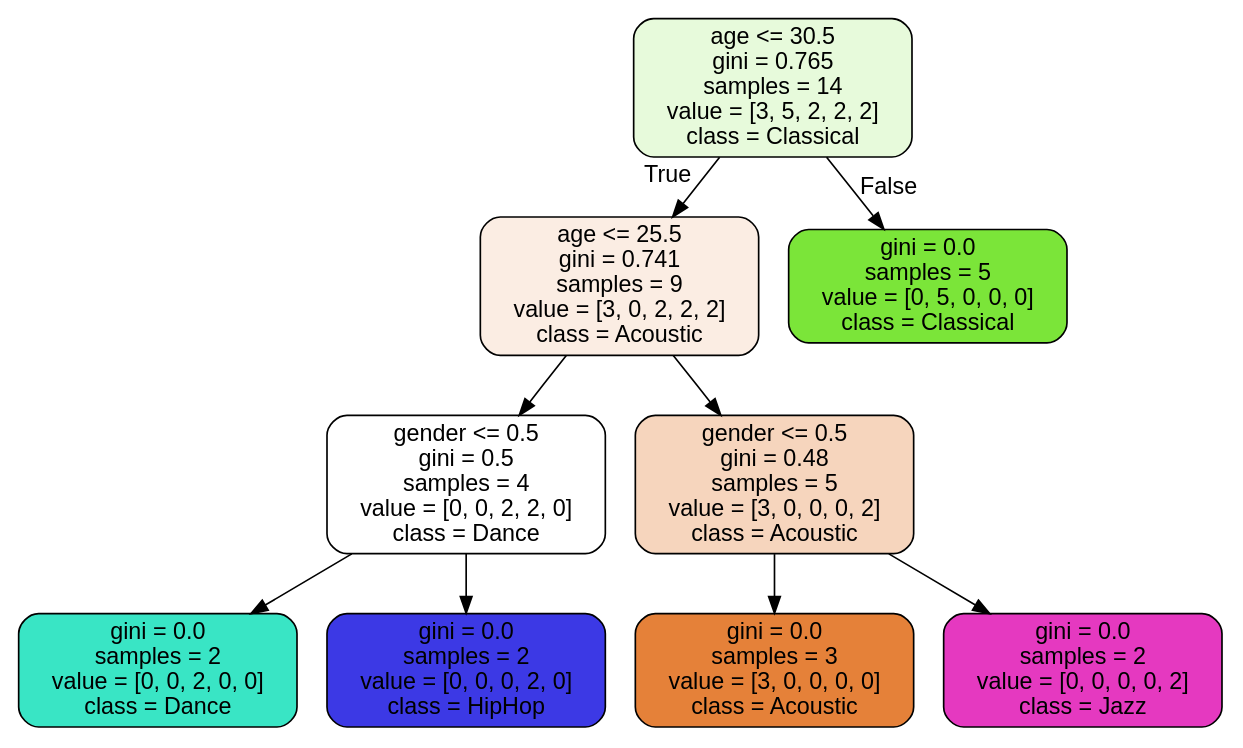
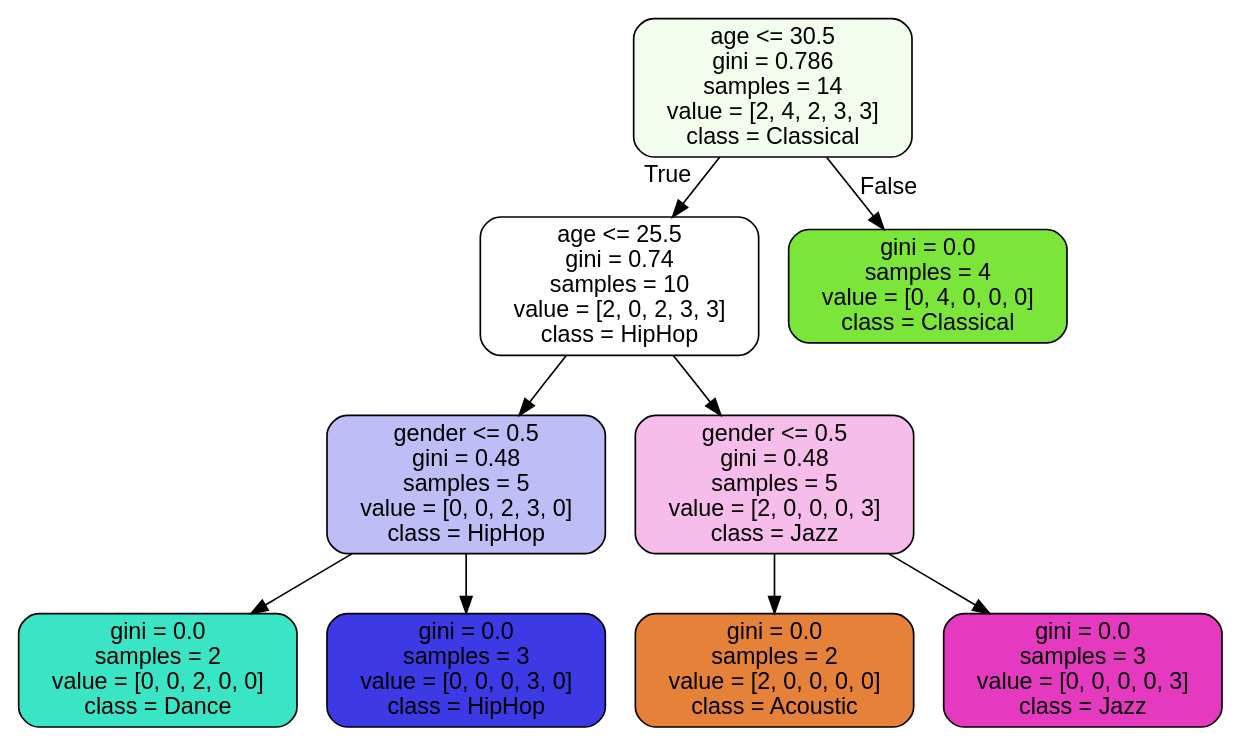
The diagram in music_outliner.dot (AnoupGhosh/Machine-Learning), drawn with Graphviz before and after one commit. The commit also changed 1 other file, not shown here.

```diff
--- a/music_outliner.dot
+++ b/music_outliner.dot
@@ -1,21 +1,21 @@
 digraph Tree {
 node [shape=box, style="filled, rounded", color="black", fontname="helvetica"] ;
 edge [fontname="helvetica"] ;
-0 [label="age <= 30.5\ngini = 0.765\nsamples = 14\nvalue = [3, 5, 2, 2, 2]\nclass = Classical", fillcolor="#e7fadb"] ;
-1 [label="age <= 25.5\ngini = 0.741\nsamples = 9\nvalue = [3, 0, 2, 2, 2]\nclass = Acoustic", fillcolor="#fbede3"] ;
+0 [label="age <= 30.5\ngini = 0.786\nsamples = 14\nvalue = [2, 4, 2, 3, 3]\nclass = Classical", fillcolor="#f3fded"] ;
+1 [label="age <= 25.5\ngini = 0.74\nsamples = 10\nvalue = [2, 0, 2, 3, 3]\nclass = HipHop", fillcolor="#ffffff"] ;
 0 -> 1 [labeldistance=2.5, labelangle=45, headlabel="True"] ;
-2 [label="gender <= 0.5\ngini = 0.5\nsamples = 4\nvalue = [0, 0, 2, 2, 0]\nclass = Dance", fillcolor="#ffffff"] ;
+2 [label="gender <= 0.5\ngini = 0.48\nsamples = 5\nvalue = [0, 0, 2, 3, 0]\nclass = HipHop", fillcolor="#bebdf6"] ;
 1 -> 2 ;
 3 [label="gini = 0.0\nsamples = 2\nvalue = [0, 0, 2, 0, 0]\nclass = Dance", fillcolor="#39e5c5"] ;
 2 -> 3 ;
-4 [label="gini = 0.0\nsamples = 2\nvalue = [0, 0, 0, 2, 0]\nclass = HipHop", fillcolor="#3c39e5"] ;
+4 [label="gini = 0.0\nsamples = 3\nvalue = [0, 0, 0, 3, 0]\nclass = HipHop", fillcolor="#3c39e5"] ;
 2 -> 4 ;
-5 [label="gender <= 0.5\ngini = 0.48\nsamples = 5\nvalue = [3, 0, 0, 0, 2]\nclass = Acoustic", fillcolor="#f6d5bd"] ;
+5 [label="gender <= 0.5\ngini = 0.48\nsamples = 5\nvalue = [2, 0, 0, 0, 3]\nclass = Jazz", fillcolor="#f6bdea"] ;
 1 -> 5 ;
-6 [label="gini = 0.0\nsamples = 3\nvalue = [3, 0, 0, 0, 0]\nclass = Acoustic", fillcolor="#e58139"] ;
+6 [label="gini = 0.0\nsamples = 2\nvalue = [2, 0, 0, 0, 0]\nclass = Acoustic", fillcolor="#e58139"] ;
 5 -> 6 ;
-7 [label="gini = 0.0\nsamples = 2\nvalue = [0, 0, 0, 0, 2]\nclass = Jazz", fillcolor="#e539c0"] ;
+7 [label="gini = 0.0\nsamples = 3\nvalue = [0, 0, 0, 0, 3]\nclass = Jazz", fillcolor="#e539c0"] ;
 5 -> 7 ;
-8 [label="gini = 0.0\nsamples = 5\nvalue = [0, 5, 0, 0, 0]\nclass = Classical", fillcolor="#7be539"] ;
+8 [label="gini = 0.0\nsamples = 4\nvalue = [0, 4, 0, 0, 0]\nclass = Classical", fillcolor="#7be539"] ;
 0 -> 8 [labeldistance=2.5, labelangle=-45, headlabel="False"] ;
 }
```
